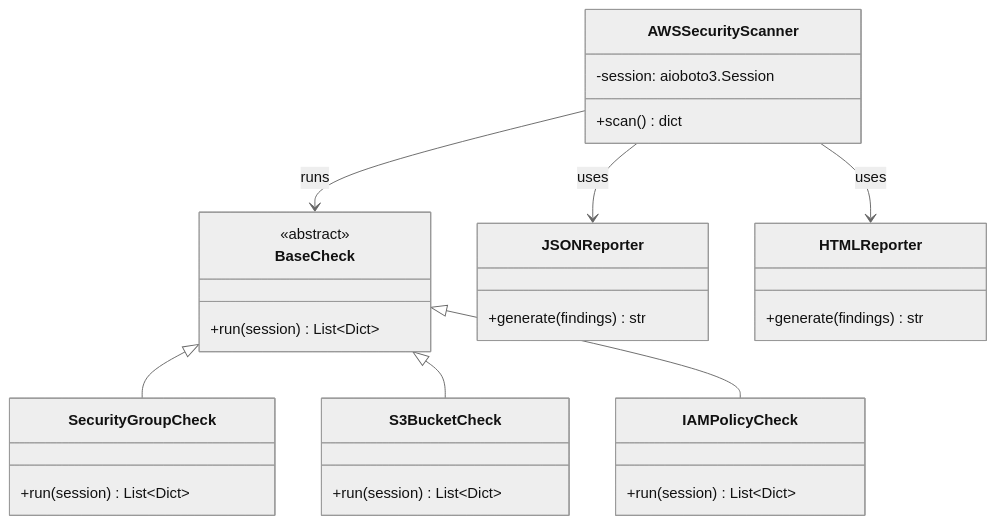
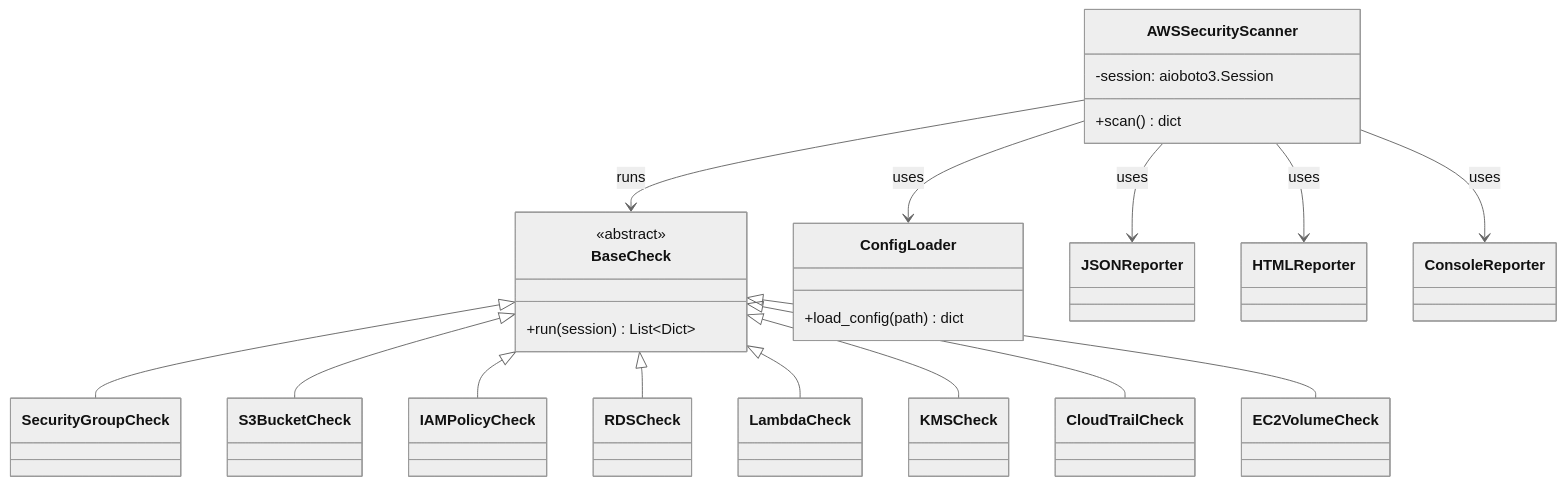
The third of 3 diagrams in README.md (kauand3v/aws-security-scanner), drawn with Mermaid (neutral theme) before and after one commit. The commit also changed other lines of this file, not shown here.

````diff
--- a/README.md
+++ b/README.md
@@ -350,33 +470,39 @@
 ```mermaid
 classDiagram
     class BaseCheck {
         <<abstract>>
         +run(session) List~Dict~
     }
-    class SecurityGroupCheck {
-        +run(session) List~Dict~
-    }
-    class S3BucketCheck {
-        +run(session) List~Dict~
-    }
-    class IAMPolicyCheck {
-        +run(session) List~Dict~
-    }
+    class SecurityGroupCheck
+    class S3BucketCheck
+    class IAMPolicyCheck
+    class RDSCheck
+    class LambdaCheck
+    class KMSCheck
+    class CloudTrailCheck
+    class EC2VolumeCheck
     class AWSSecurityScanner {
         -session: aioboto3.Session
         +scan() dict
     }
-    class JSONReporter {
-        +generate(findings) str
+    class ConfigLoader {
+        +load_config(path) dict
     }
-    class HTMLReporter {
-        +generate(findings) str
-    }
+    class JSONReporter
+    class HTMLReporter
+    class ConsoleReporter
 
     BaseCheck <|-- SecurityGroupCheck
     BaseCheck <|-- S3BucketCheck
     BaseCheck <|-- IAMPolicyCheck
+    BaseCheck <|-- RDSCheck
+    BaseCheck <|-- LambdaCheck
+    BaseCheck <|-- KMSCheck
+    BaseCheck <|-- CloudTrailCheck
+    BaseCheck <|-- EC2VolumeCheck
     AWSSecurityScanner --> BaseCheck : runs
+    AWSSecurityScanner --> ConfigLoader : uses
     AWSSecurityScanner --> JSONReporter : uses
     AWSSecurityScanner --> HTMLReporter : uses
+    AWSSecurityScanner --> ConsoleReporter : uses
 ```
````
